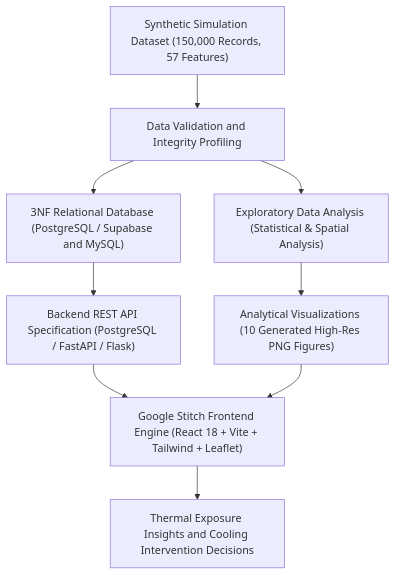
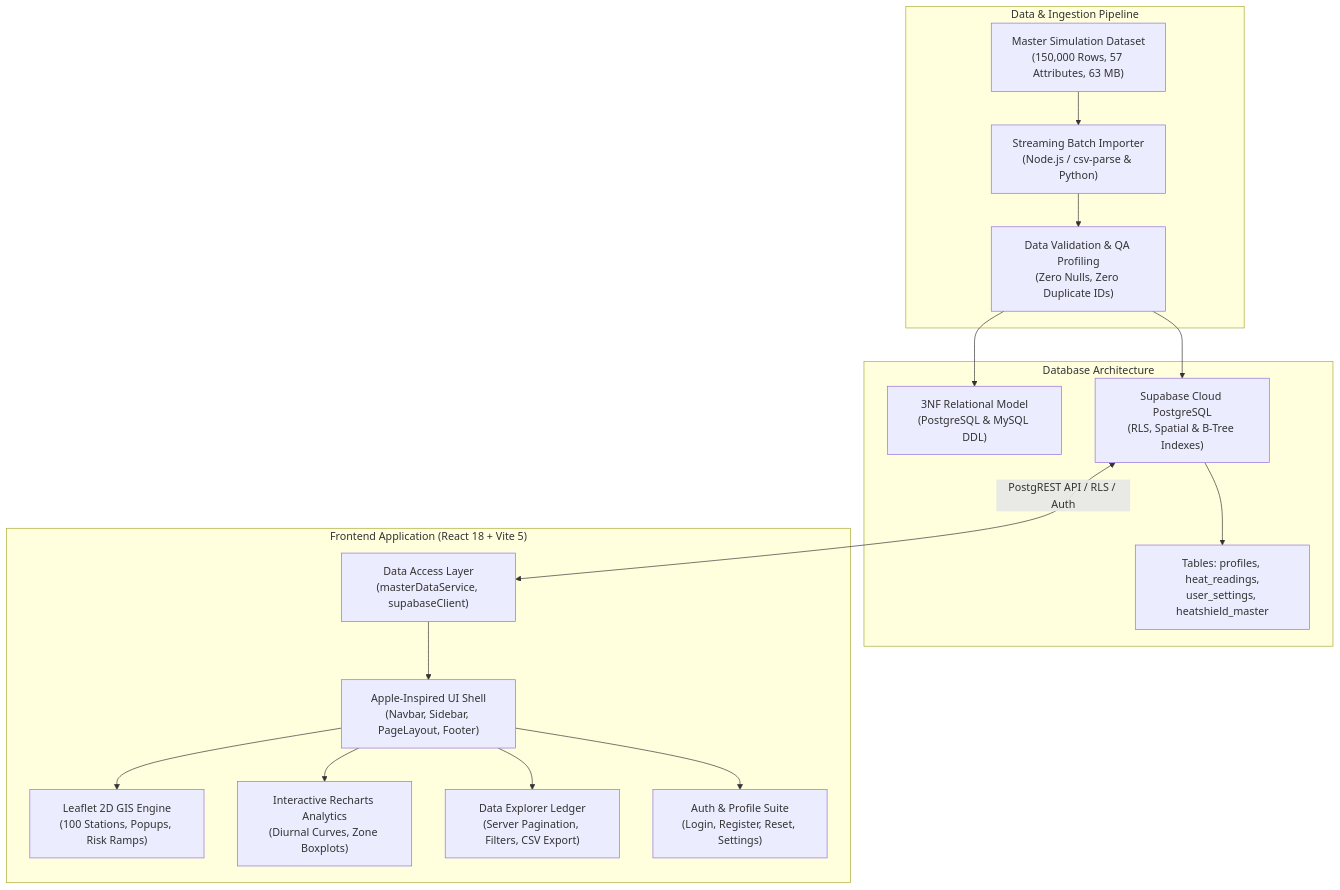
Before and after one commit to exobhavinss-sketch/TF-141-Heatshield: the diagram in README.md, drawn with Mermaid. The commit also changed other lines of this file and 31 other files, not shown here.

````diff
--- a/README.md
+++ b/README.md
@@ -117,11 +114,22 @@
 ```mermaid
 flowchart TD
-    A["Synthetic Simulation Dataset (150,000 Records, 57 Features)"] --> B["Data Validation and Integrity Profiling"]
-    B --> C["3NF Relational Database (PostgreSQL / Supabase and MySQL)"]
-    B --> D["Exploratory Data Analysis (Statistical & Spatial Analysis)"]
-    C --> E["Backend REST API Specification (PostgreSQL / FastAPI / Flask)"]
-    D --> F["Analytical Visualizations (10 Generated High-Res PNG Figures)"]
-    E --> G["Google Stitch Frontend Engine (React 18 + Vite + Tailwind + Leaflet)"]
-    F --> G
-    G --> H["Thermal Exposure Insights and Cooling Intervention Decisions"]
+    subgraph Data_Layer ["Data & Ingestion Pipeline"]
+        A["Master Simulation Dataset<br/>(150,000 Rows, 57 Attributes, 63 MB)"] --> B["Streaming Batch Importer<br/>(Node.js / csv-parse & Python)"]
+        B --> C["Data Validation & QA Profiling<br/>(Zero Nulls, Zero Duplicate IDs)"]
+    end
+
+    subgraph Database_Layer ["Database Architecture"]
+        C --> D["3NF Relational Model<br/>(PostgreSQL & MySQL DDL)"]
+        C --> E["Supabase Cloud PostgreSQL<br/>(RLS, Spatial & B-Tree Indexes)"]
+        E --> F["Tables: profiles, heat_readings,<br/>user_settings, heatshield_master"]
+    end
+
+    subgraph Client_Layer ["Frontend Application (React 18 + Vite 5)"]
+        E <-->|"PostgREST API / RLS / Auth"| G["Data Access Layer<br/>(masterDataService, supabaseClient)"]
+        G --> H["Apple-Inspired UI Shell<br/>(Navbar, Sidebar, PageLayout, Footer)"]
+        H --> I["Leaflet 2D GIS Engine<br/>(100 Stations, Popups, Risk Ramps)"]
+        H --> J["Interactive Recharts Analytics<br/>(Diurnal Curves, Zone Boxplots)"]
+        H --> K["Data Explorer Ledger<br/>(Server Pagination, Filters, CSV Export)"]
+        H --> L["Auth & Profile Suite<br/>(Login, Register, Reset, Settings)"]
+    end
 ```
````
